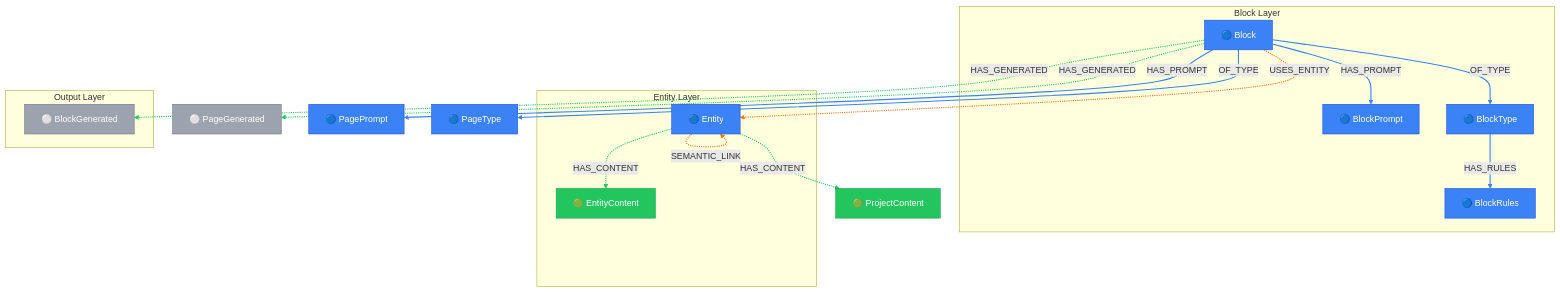
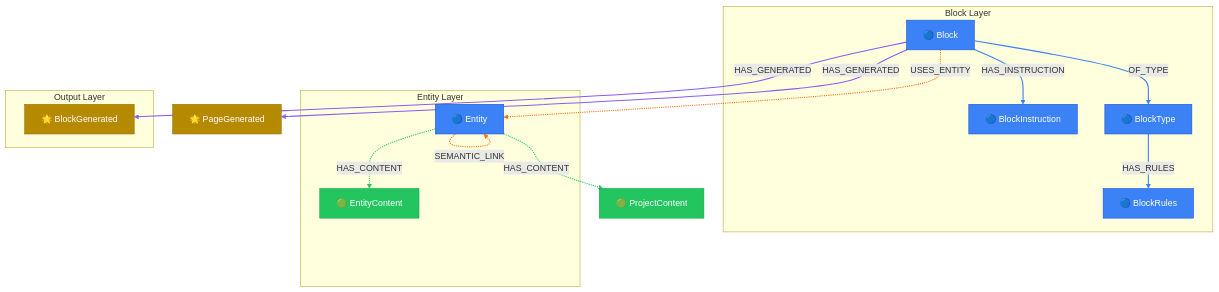
Before and after one commit to supernovae-st/novanet: the diagram in packages/core/models/docs/block-generation.md, drawn with Mermaid. The commit also changed other lines of this file and 17 other files, not shown here.

````diff
--- a/packages/core/models/docs/block-generation.md
+++ b/packages/core/models/docs/block-generation.md
@@ -26,65 +26,60 @@
 ```mermaid
 flowchart TB
   %% View: Block Generation Context (block-generation)
-  %% 11 nodes, 11 arcs
+  %% 9 nodes, 9 arcs
 
   %% Trait styling (node_trait)
-  classDef invariant fill:#3b82f6,stroke:#1d4ed8,color:#fff
-  classDef localized fill:#22c55e,stroke:#16a34a,color:#fff
-  classDef knowledge fill:#8b5cf6,stroke:#7c3aed,color:#fff
-  classDef derived fill:#9ca3af,stroke:#6b7280,color:#fff
-  classDef job fill:#6b7280,stroke:#4b5563,color:#fff
+  classDef defined fill:#3b82f6,stroke:#1d4ed8,color:#fff
+  classDef authored fill:#22c55e,stroke:#16a34a,color:#fff
+  classDef imported fill:#8b5cf6,stroke:#7c3aed,color:#fff
+  classDef generated fill:#b58900,stroke:#996f00,color:#fff
+  classDef retrieved fill:#6c71c4,stroke:#5761b3,color:#fff
 
   subgraph BLOCK_LAYER["Block Layer"]
     Block["🔵 Block"]
-    BlockPrompt["🔵 BlockPrompt"]
+    BlockInstruction["🔵 BlockInstruction"]
     BlockType["🔵 BlockType"]
     BlockRules["🔵 BlockRules"]
   end
 
   subgraph ENTITY_LAYER["Entity Layer"]
     Entity["🔵 Entity"]
     EntityContent["🟢 EntityContent"]
   end
 
   subgraph OUTPUT_LAYER["Output Layer"]
-    BlockGenerated["⚪ BlockGenerated"]
+    BlockGenerated["🌟 BlockGenerated"]
   end
 
   %% Additional reachable nodes
-  PageGenerated["⚪ PageGenerated"]
-  PagePrompt["🔵 PagePrompt"]
-  PageType["🔵 PageType"]
+  PageGenerated["🌟 PageGenerated"]
   ProjectContent["🟢 ProjectContent"]
 
   %% Relationships (styled by arc family)
-  Block -.->|HAS_GENERATED| BlockGenerated
-  Block -.->|HAS_GENERATED| PageGenerated
-  Block -->|HAS_PROMPT| BlockPrompt
-  Block -->|HAS_PROMPT| PagePrompt
+  Block ==>|HAS_GENERATED| BlockGenerated
+  Block ==>|HAS_GENERATED| PageGenerated
+  Block -->|HAS_INSTRUCTION| BlockInstruction
   Block -->|OF_TYPE| BlockType
-  Block -->|OF_TYPE| PageType
   Block -.->|USES_ENTITY| Entity
   BlockType -->|HAS_RULES| BlockRules
   Entity -.->|HAS_CONTENT| EntityContent
   Entity -.->|HAS_CONTENT| ProjectContent
   Entity -.->|SEMANTIC_LINK| Entity
 
   %% Arc colors by family
-  linkStyle 0,1,8,9 stroke:#22c55e,stroke-width:2px
-  linkStyle 2,3,4,5,7 stroke:#3b82f6,stroke-width:2px
-  linkStyle 6,10 stroke:#f97316,stroke-width:2px
+  linkStyle 0,1 stroke:#8b5cf6,stroke-width:2px
+  linkStyle 6,7 stroke:#22c55e,stroke-width:2px
+  linkStyle 2,3,5 stroke:#3b82f6,stroke-width:2px
+  linkStyle 4,8 stroke:#f97316,stroke-width:2px
 
   %% Class assignments
-  class Block invariant
-  class BlockGenerated derived
-  class BlockPrompt invariant
-  class BlockRules invariant
-  class BlockType invariant
-  class Entity invariant
-  class EntityContent localized
-  class PageGenerated derived
-  class PagePrompt invariant
-  class PageType invariant
-  class ProjectContent localized
+  class Block defined
+  class BlockGenerated generated
+  class BlockInstruction defined
+  class BlockRules defined
+  class BlockType defined
+  class Entity defined
+  class EntityContent authored
+  class PageGenerated generated
+  class ProjectContent authored
 ```
````
